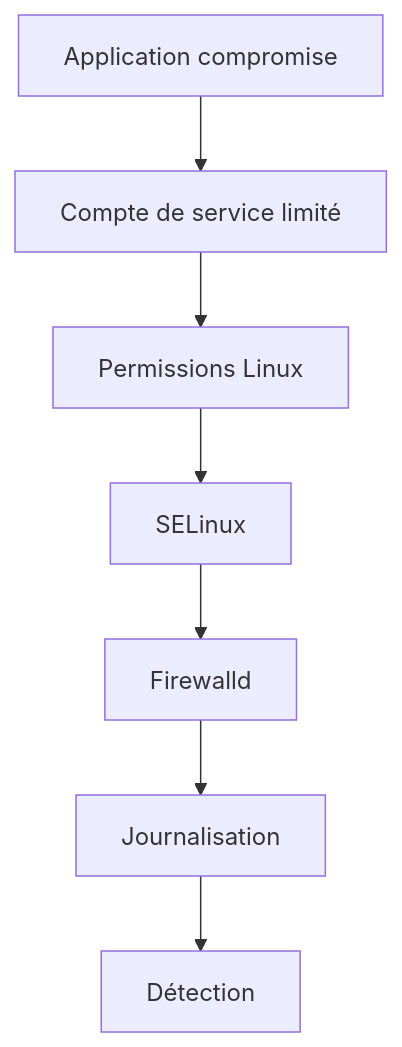
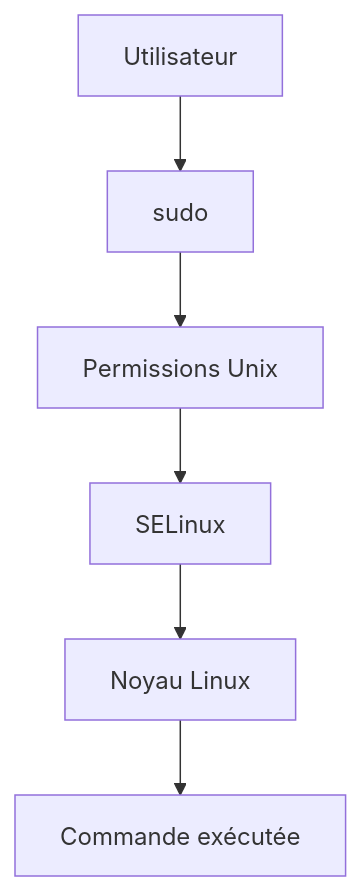
Before and after one commit to tdelaclos/formations: diagram 17 of 20 in campagne 1/1.8.md, drawn with Mermaid. The commit also changed other lines of this file, not shown here.

````diff
--- a/campagne 1/1.8.md
+++ b/campagne 1/1.8.md
@@ -472,17 +751,21 @@
 ```mermaid
 flowchart TD
 
-A["Application compromise"]
+A["Utilisateur"]
 
-A --> B["Compte de service limité"]
+B["sudo"]
 
-B --> C["Permissions Linux"]
+C["Permissions Unix"]
 
-C --> D["SELinux"]
+D["SELinux"]
 
-D --> E["Firewalld"]
+E["Noyau Linux"]
 
-E --> F["Journalisation"]
+F["Commande exécutée"]
 
-F --> G["Détection"]
+A --> B
+B --> C
+C --> D
+D --> E
+E --> F
 ```
````
